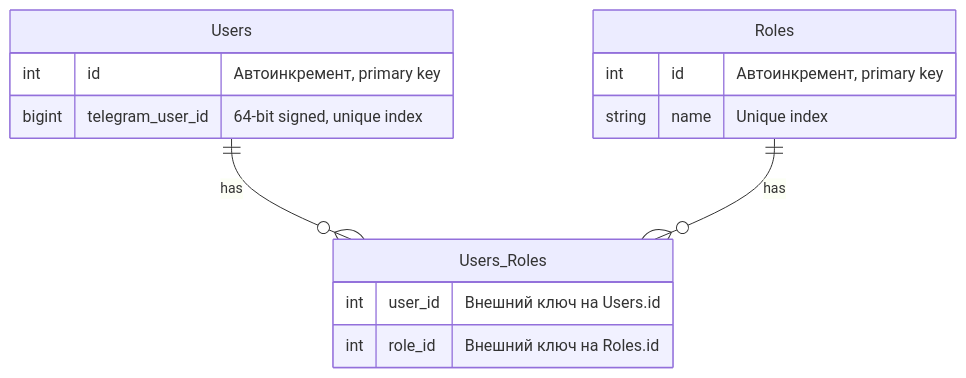
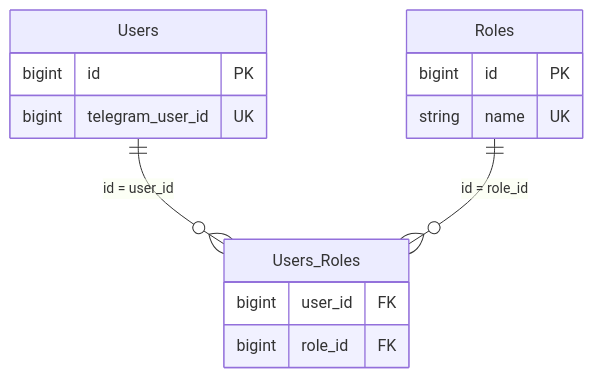
The diagram in system-analytics/services/auth-service/index.md (it-mentor-community-platform/meta), drawn with Mermaid before and after one commit. The commit also changed other lines of this file, not shown here.

Commit message:
system-analytics - auth-service: update DB scheme to consist view across docs

````diff
--- a/system-analytics/services/auth-service/index.md
+++ b/system-analytics/services/auth-service/index.md
@@ -26,20 +26,20 @@
 ```mermaid
 erDiagram
     Users {
-        int id "Автоинкремент, primary key"
-        bigint telegram_user_id "64-bit signed, unique index"
+        bigint id PK
+        bigint telegram_user_id UK
     }
 
     Roles {
-        int id "Автоинкремент, primary key"
-        string name "Unique index"
+        bigint id PK
+        string name UK
     }
 
     Users_Roles {
-        int user_id "Внешний ключ на Users.id"
-        int role_id "Внешний ключ на Roles.id"
+        bigint user_id FK
+        bigint role_id FK
     }
 
-    Users ||--o{ Users_Roles : has
-    Roles ||--o{ Users_Roles : has
+    Users ||--o{ Users_Roles : "id = user_id"
+    Roles ||--o{ Users_Roles : "id = role_id"
 ```
````
